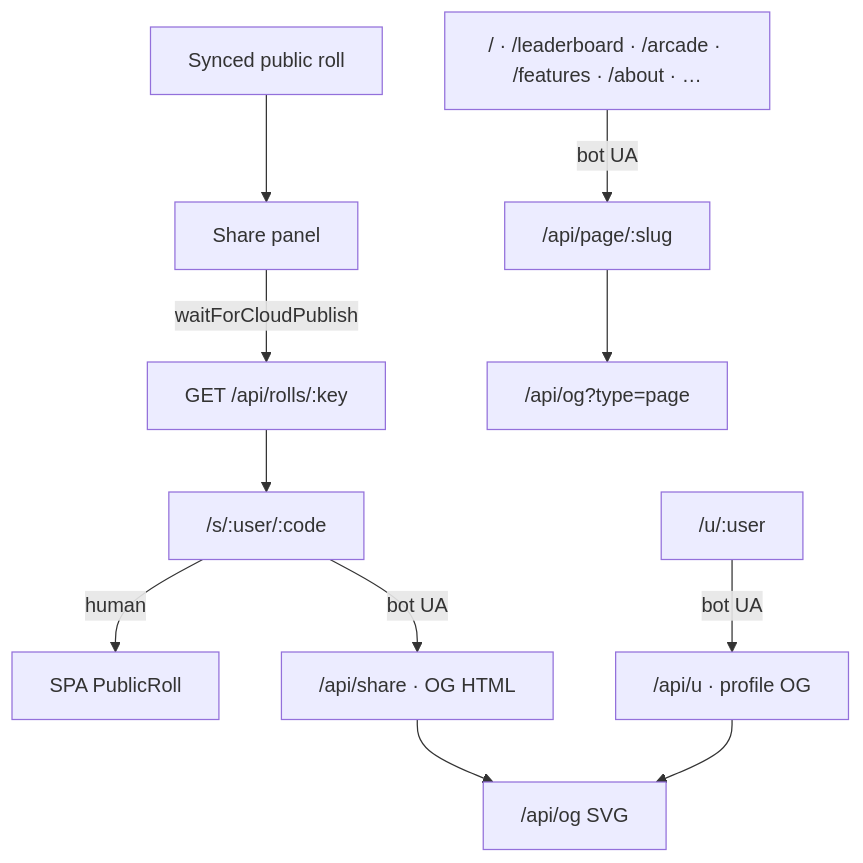
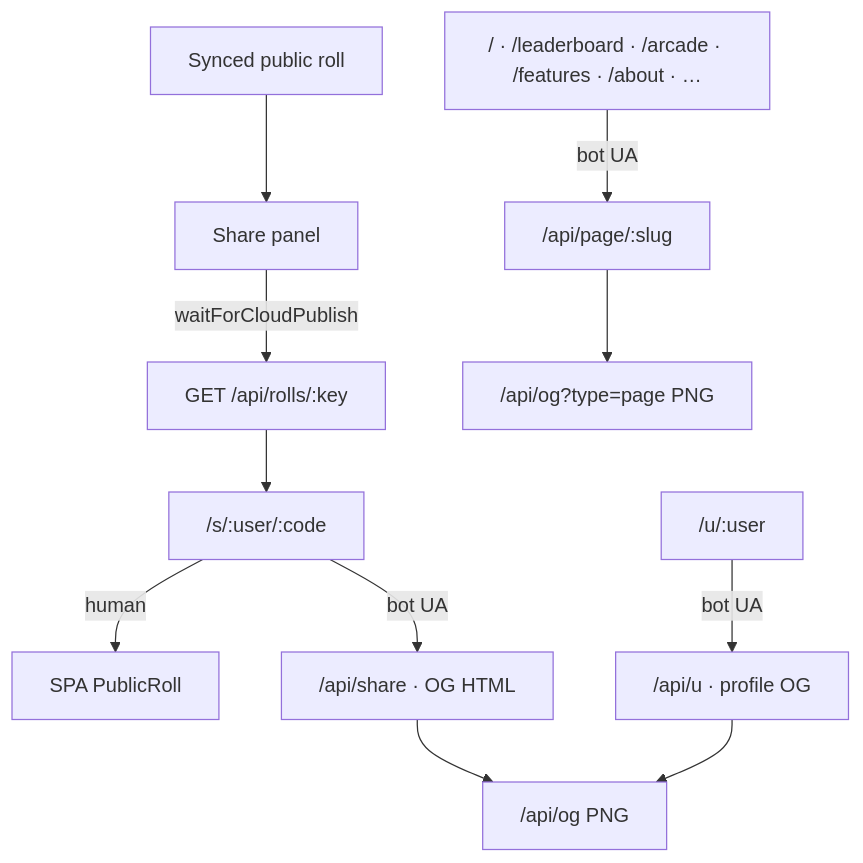
Before and after one commit to jondmarien/rngdle-unlocked: the seventh of 7 diagrams in docs/ARCHITECTURE.md, drawn with Mermaid. The commit also changed other lines of this file and 12 other files, not shown here.

````diff
--- a/docs/ARCHITECTURE.md
+++ b/docs/ARCHITECTURE.md
@@ -232,13 +232,13 @@
 ```mermaid
 flowchart TB
   Roll[Synced public roll] --> Share[Share panel]
   Share -->|waitForCloudPublish| API["GET /api/rolls/:key"]
   API --> Vanity["/s/:user/:code"]
   Vanity -->|human| SPA[SPA PublicRoll]
   Vanity -->|bot UA| HTML["/api/share · OG HTML"]
-  HTML --> Img["/api/og SVG"]
+  HTML --> Img["/api/og PNG"]
   Profile["/u/:user"] -->|bot UA| UHTML["/api/u · profile OG"]
   UHTML --> Img
   Pages["/ · /leaderboard · /arcade · /features · /about · …"] -->|bot UA| PageHTML["/api/page/:slug"]
-  PageHTML --> PageImg["/api/og?type=page"]
+  PageHTML --> PageImg["/api/og?type=page PNG"]
 ```
````
